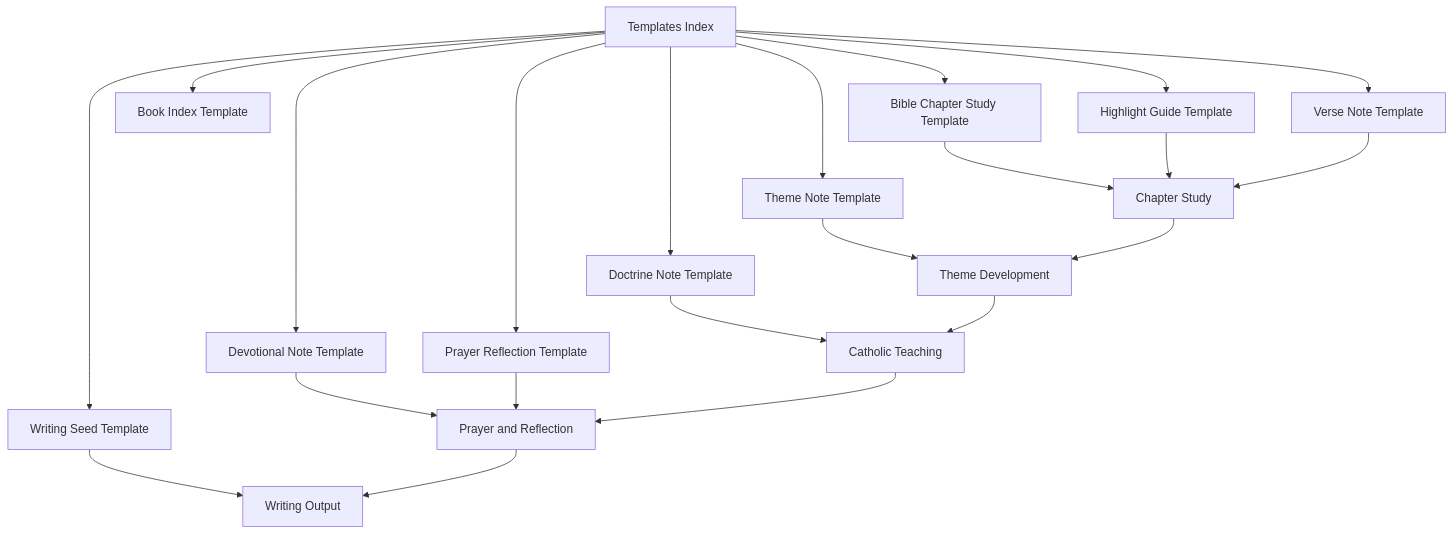
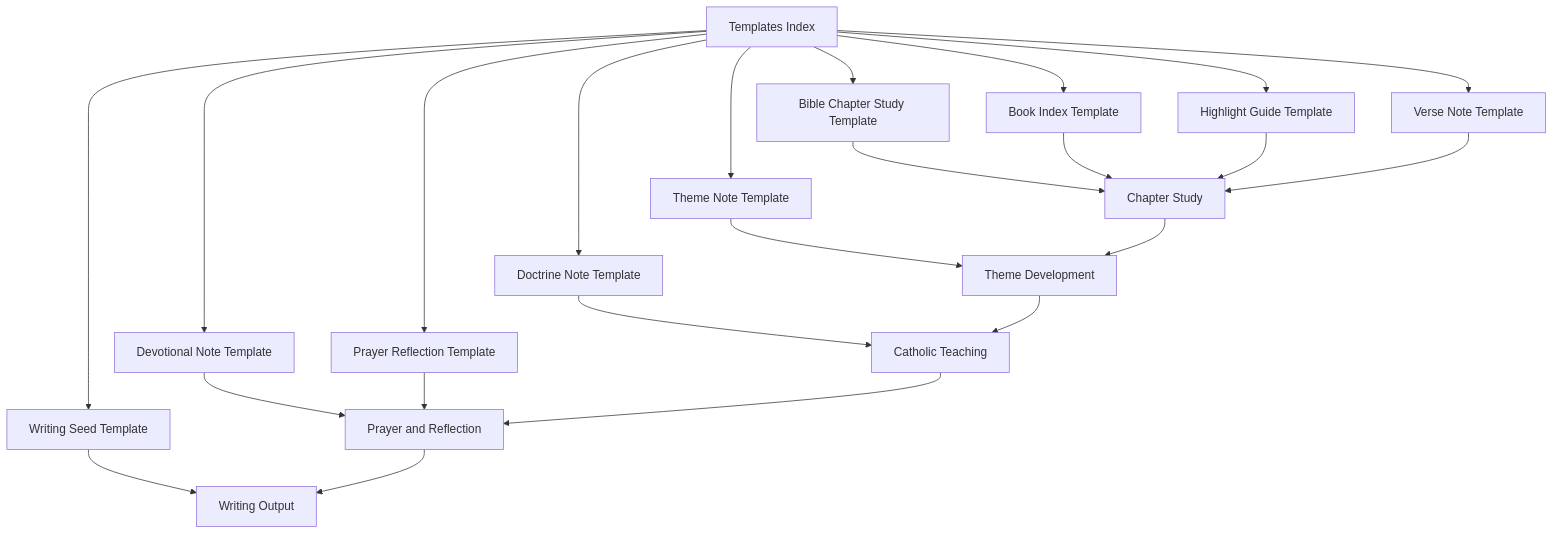
The fifth of 6 diagrams in README.md (gah-code/obsidian-sacred-study-system), drawn with Mermaid before and after one commit. The commit also changed other lines of this file, not shown here.

Commit message:
Index System Flow, Template Workflow, and Writing System Flow

````diff
--- a/README.md
+++ b/README.md
@@ -243,26 +243,27 @@
 ```mermaid
 graph TD
-  A["Templates Index"] --> B["Bible Chapter Study Template"]
-  A --> C["Book Index Template"]
-  A --> D["Highlight Guide Template"]
-  A --> E["Verse Note Template"]
-  A --> F["Devotional Note Template"]
-  A --> G["Theme Note Template"]
-  A --> H["Doctrine Note Template"]
-  A --> I["Prayer Reflection Template"]
-  A --> J["Writing Seed Template"]
+  templates_index[Templates Index] --> chapter_template[Bible Chapter Study Template]
+  templates_index --> book_index_template[Book Index Template]
+  templates_index --> highlight_template[Highlight Guide Template]
+  templates_index --> verse_template[Verse Note Template]
+  templates_index --> devotional_template[Devotional Note Template]
+  templates_index --> theme_template[Theme Note Template]
+  templates_index --> doctrine_template[Doctrine Note Template]
+  templates_index --> prayer_template[Prayer Reflection Template]
+  templates_index --> writing_template[Writing Seed Template]
 
-  B --> K["Chapter Study"]
-  D --> K
-  E --> K
-  F --> L["Prayer and Reflection"]
-  G --> M["Theme Development"]
-  H --> N["Catholic Teaching"]
-  I --> L
-  J --> O["Writing Output"]
+  chapter_template --> chapter_study[Chapter Study]
+  book_index_template --> chapter_study
+  highlight_template --> chapter_study
+  verse_template --> chapter_study
+  devotional_template --> prayer_reflection[Prayer and Reflection]
+  theme_template --> theme_development[Theme Development]
+  doctrine_template --> catholic_teaching[Catholic Teaching]
+  prayer_template --> prayer_reflection
+  writing_template --> writing_output[Writing Output]
 
-  K --> M
-  M --> N
-  N --> L
-  L --> O
+  chapter_study --> theme_development
+  theme_development --> catholic_teaching
+  catholic_teaching --> prayer_reflection
+  prayer_reflection --> writing_output
 ```
````
